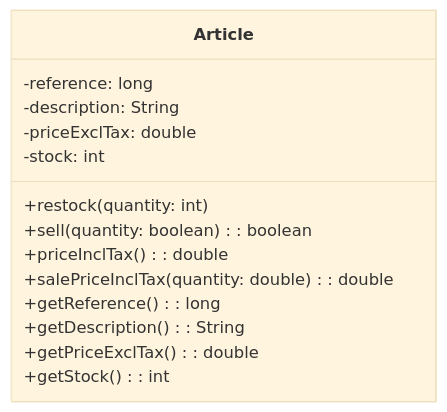
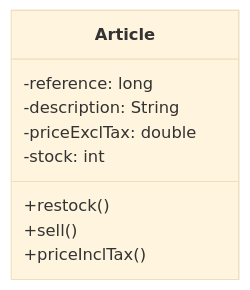
One commit to Lagmouchyoussef/java-oop-bank-store---Simple-and-descriptive changed the second of 2 diagrams in README.md. Above: the diagram before and after it, drawn with Mermaid (base theme). The commit also changed other lines of this file, not shown here.

````diff
--- a/README.md
+++ b/README.md
@@ -371,17 +162,12 @@
 ```mermaid
 classDiagram
     class Article {
         -reference: long
         -description: String
         -priceExclTax: double
         -stock: int
-        +restock(quantity: int)
-        +sell(quantity: boolean): boolean
-        +priceInclTax(): double
-        +salePriceInclTax(quantity: double): double
-        +getReference(): long
-        +getDescription(): String
-        +getPriceExclTax(): double
-        +getStock(): int
+        +restock()
+        +sell()
+        +priceInclTax()
     }
 ```
````
